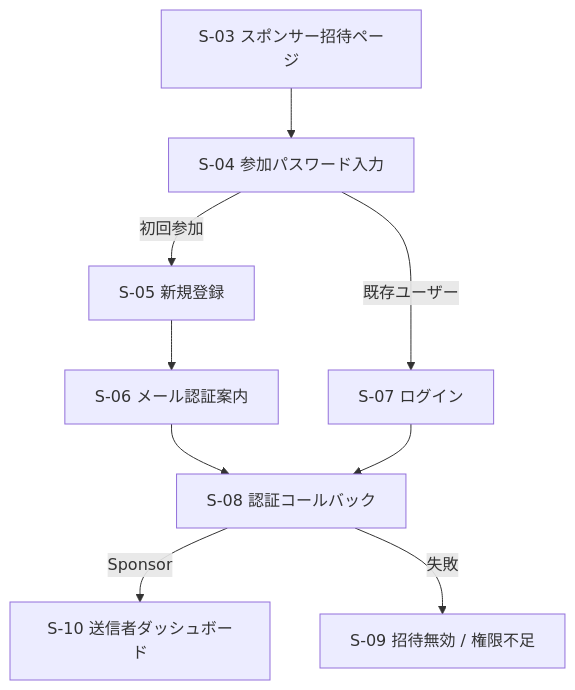
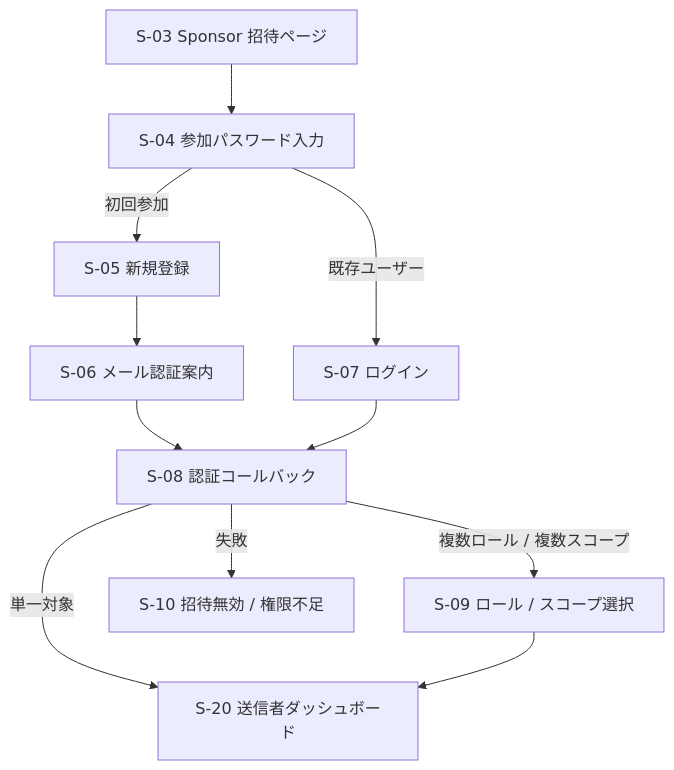
The third of 15 diagrams in docs/details/03_screen-flow_md.md (Asheze1127/hack-evaluater), drawn with Mermaid before and after one commit. The commit also changed other lines of this file and 2 other files, not shown here.

````diff
--- a/docs/details/03_screen-flow_md.md
+++ b/docs/details/03_screen-flow_md.md
@@ -124,20 +141,23 @@
 ```mermaid
 flowchart TD
-    INVITE[S-03 スポンサー招待ページ]
+    INVITE[S-03 Sponsor 招待ページ]
     PASS[S-04 参加パスワード入力]
     REGISTER[S-05 新規登録]
     LOGIN[S-07 ログイン]
     VERIFY[S-06 メール認証案内]
     CALLBACK[S-08 認証コールバック]
-    DASH[S-10 送信者ダッシュボード]
-    DENIED[S-09 招待無効 / 権限不足]
+    SWITCH[S-09 ロール / スコープ選択]
+    DASH[S-20 送信者ダッシュボード]
+    DENIED[S-10 招待無効 / 権限不足]
 
     INVITE --> PASS
     PASS -->|初回参加| REGISTER
     PASS -->|既存ユーザー| LOGIN
     REGISTER --> VERIFY
     VERIFY --> CALLBACK
     LOGIN --> CALLBACK
-    CALLBACK -->|Sponsor| DASH
+    CALLBACK -->|単一対象| DASH
+    CALLBACK -->|複数ロール / 複数スコープ| SWITCH
     CALLBACK -->|失敗| DENIED
+    SWITCH --> DASH
 ```
````
